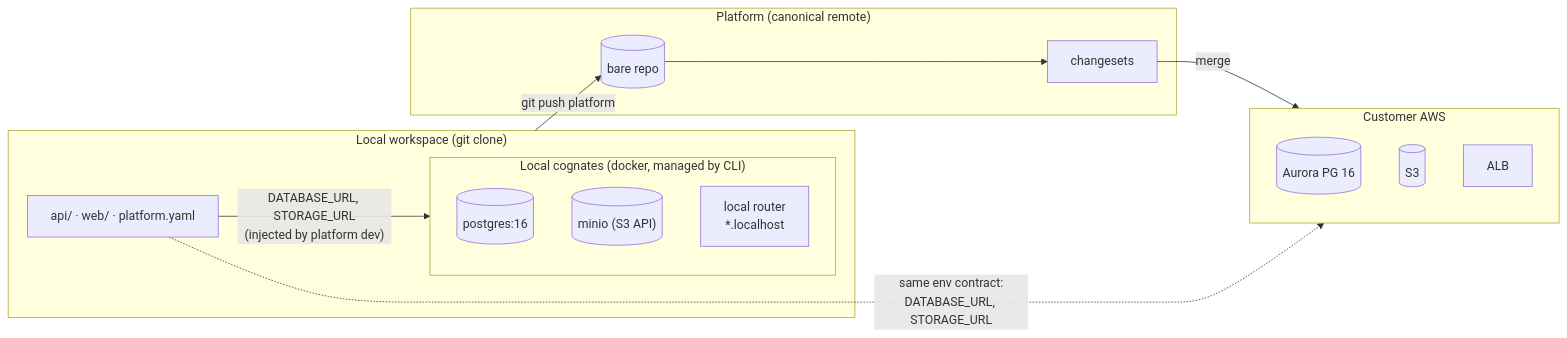
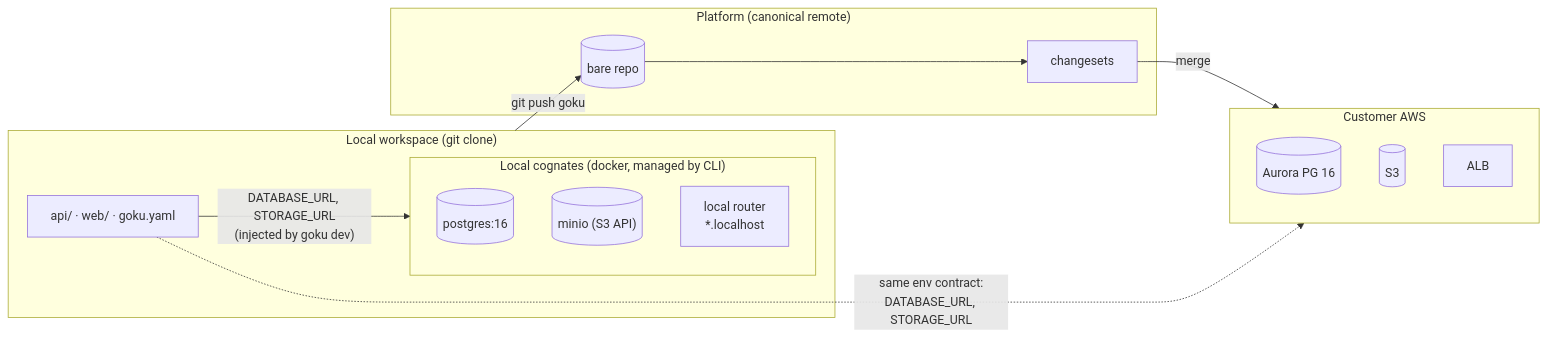
The diagram in docs/design/09-local-dev.md (benjaminsanborn/goku), drawn with Mermaid before and after one commit. The commit also changed other lines of this file and 23 other files, not shown here.

First line of the commit message:
Rename to goku; token-gate the full API; Caddy for goku.host TLS

````diff
--- a/docs/design/09-local-dev.md
+++ b/docs/design/09-local-dev.md
@@ -9,23 +9,23 @@
 ```mermaid
 flowchart LR
     subgraph local["Local workspace (git clone)"]
-        code["api/ · web/ · platform.yaml"]
+        code["api/ · web/ · goku.yaml"]
         subgraph cognates["Local cognates (docker, managed by CLI)"]
             lpg[("postgres:16")]
             lminio[("minio (S3 API)")]
             lrouter["local router<br/>*.localhost"]
         end
-        code -->|"DATABASE_URL, STORAGE_URL<br/>(injected by platform dev)"| cognates
+        code -->|"DATABASE_URL, STORAGE_URL<br/>(injected by goku dev)"| cognates
     end
     subgraph remote["Platform (canonical remote)"]
         repo[("bare repo")]
         cs["changesets"]
     end
     subgraph aws["Customer AWS"]
         aurora[("Aurora PG 16")]
         s3[("S3")]
         alb["ALB"]
     end
-    local -->|git push platform <branch>| repo --> cs -->|merge| aws
+    local -->|git push goku <branch>| repo --> cs -->|merge| aws
     code -.->|"same env contract:<br/>DATABASE_URL, STORAGE_URL"| aws
 ```
````
